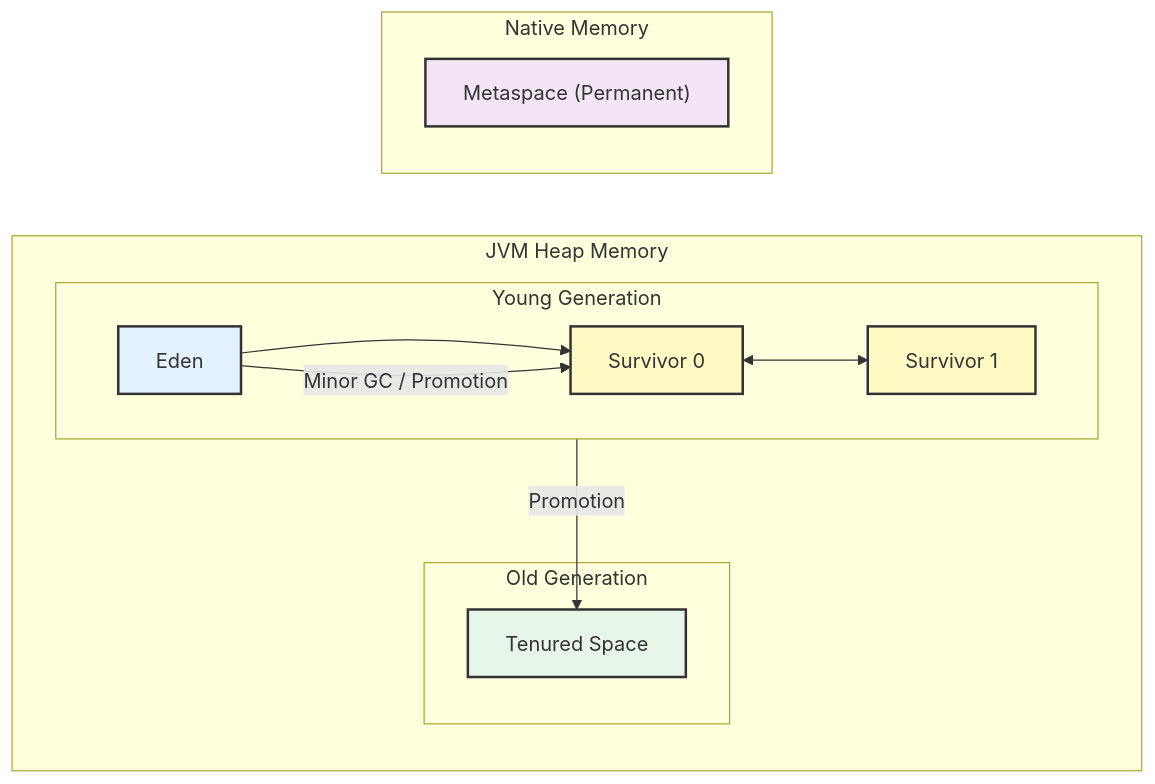
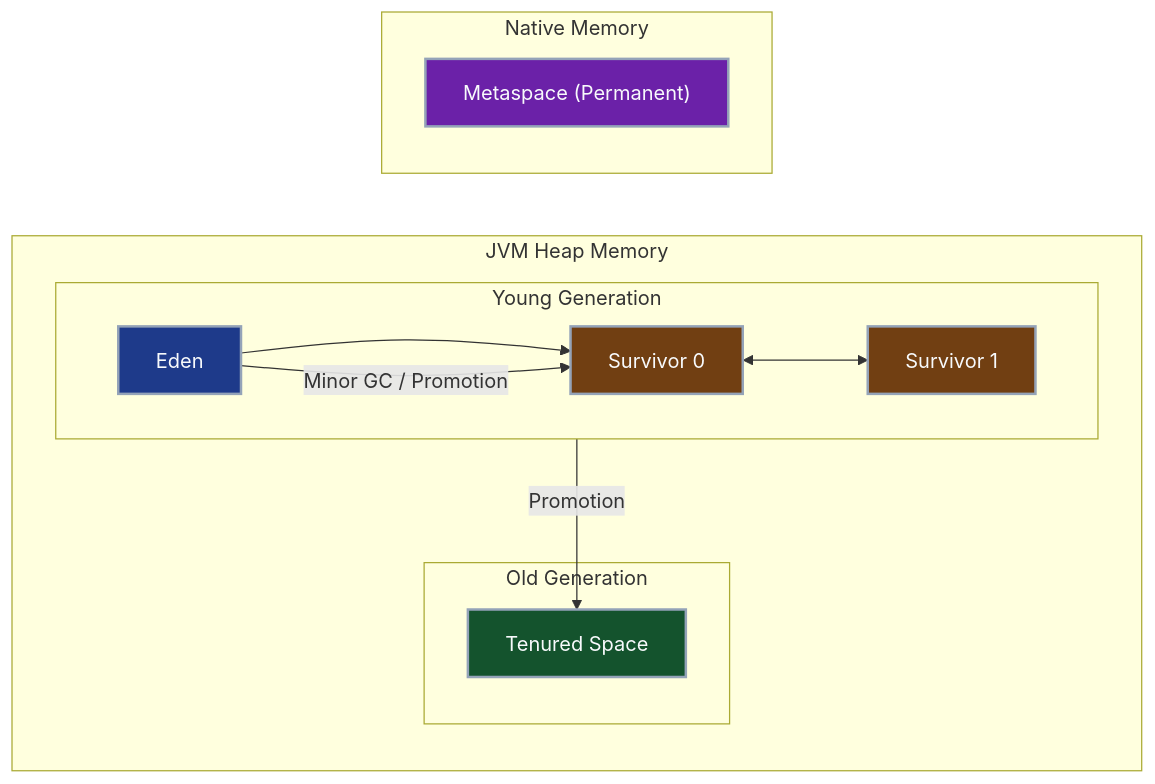
One commit to Kang-Hyesung/kang-hyesung.github.io changed the second of 2 diagrams in _posts/java/08-gc/2026-01-17-세대별-컬렉션-이론.md. Above: the diagram before and after it, drawn with Mermaid. The commit also changed other lines of this file and 74 other files, not shown here.

Commit message:
docs: update post visibility and mermaid colors

````diff
--- a/_posts/java/08-gc/2026-01-17-세대별-컬렉션-이론.md
+++ b/_posts/java/08-gc/2026-01-17-세대별-컬렉션-이론.md
@@ -56,30 +56,30 @@
 ```mermaid
 graph LR
     subgraph Heap ["JVM Heap Memory"]
         direction TB
         subgraph Young ["Young Generation"]
             direction LR
             E["Eden"] --> S0["Survivor 0"]
             S0 <--> S1["Survivor 1"]
         end
         
         subgraph Old ["Old Generation"]
             O["Tenured Space"]
         end
     end
 
     subgraph Native ["Native Memory"]
         M["Metaspace (Permanent)"]
     end
 
     E -->|Minor GC / Promotion| S0
     S1 -->|Promotion| O
     
     %% 스타일 정의
-    style E fill:#e3f2fd,stroke:#333,stroke-width:2px
-    style S0 fill:#fff9c4,stroke:#333,stroke-width:2px
-    style S1 fill:#fff9c4,stroke:#333,stroke-width:2px
-    style O fill:#e8f5e9,stroke:#333,stroke-width:2px
-    style M fill:#f3e5f5,stroke:#333,stroke-width:2px
+    style E fill:#1e3a8a,stroke:#94a3b8,stroke-width:2px,color:#f8fafc
+    style S0 fill:#713f12,stroke:#94a3b8,stroke-width:2px,color:#f8fafc
+    style S1 fill:#713f12,stroke:#94a3b8,stroke-width:2px,color:#f8fafc
+    style O fill:#14532d,stroke:#94a3b8,stroke-width:2px,color:#f8fafc
+    style M fill:#6b21a8,stroke:#94a3b8,stroke-width:2px,color:#f8fafc
 
 ```
````
